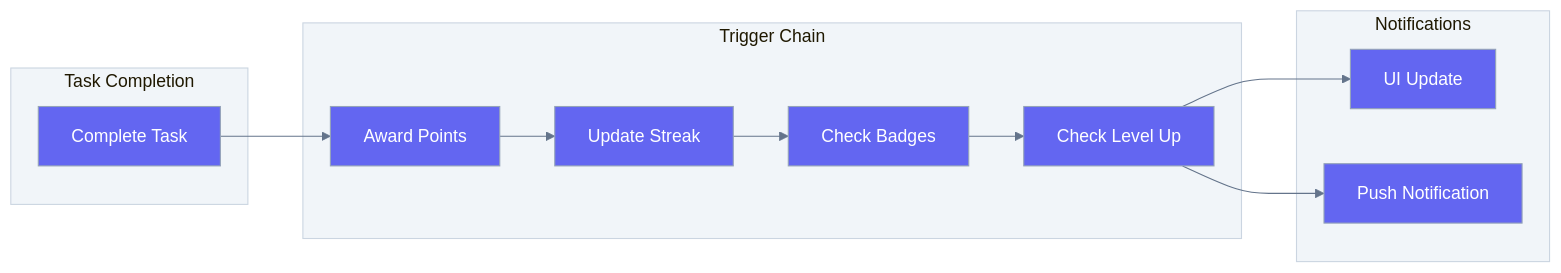
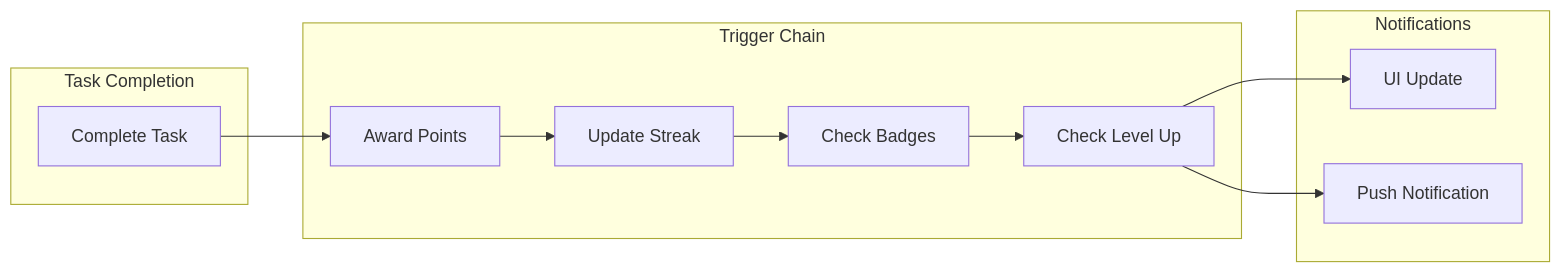
The fourth of 9 diagrams in docs/ARCHITECTURE.md (anisha-agarwal/chore-champions), drawn with Mermaid before and after one commit. The commit also changed other lines of this file and 2 other files, not shown here.

First line of the commit message:
Use default Mermaid theme for cleaner diagrams

````diff
--- a/docs/ARCHITECTURE.md
+++ b/docs/ARCHITECTURE.md
@@ -108,26 +108,26 @@
 ```mermaid
-%%{init: {'theme': 'base', 'themeVariables': {'primaryColor': '#6366f1', 'primaryTextColor': '#fff', 'primaryBorderColor': '#4f46e5', 'lineColor': '#64748b', 'secondaryColor': '#f1f5f9', 'tertiaryColor': '#e0e7ff', 'background': '#ffffff', 'nodeBkg': '#f8fafc', 'nodeBorder': '#94a3b8', 'clusterBkg': '#f1f5f9', 'clusterBorder': '#cbd5e1', 'edgeLabelBackground': '#ffffff'}}}%%
+%%{init: {'theme': 'default'}}%%
 flowchart LR
     subgraph Trigger["Task Completion"]
         Complete["Complete Task"]
     end
 
     subgraph Chain["Trigger Chain"]
         Points["Award Points"]
         Streak["Update Streak"]
         Badge["Check Badges"]
         Level["Check Level Up"]
     end
 
     subgraph Notify["Notifications"]
         UI["UI Update"]
         Push["Push Notification"]
     end
 
     Complete --> Points
     Points --> Streak
     Streak --> Badge
     Badge --> Level
     Level --> UI
     Level --> Push
 ```
````
